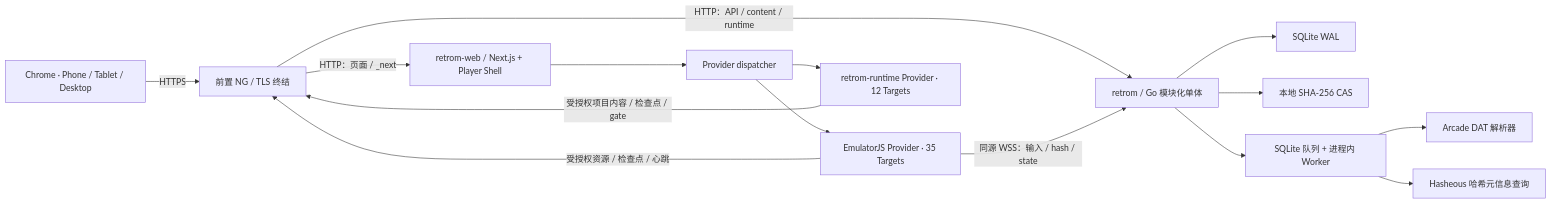
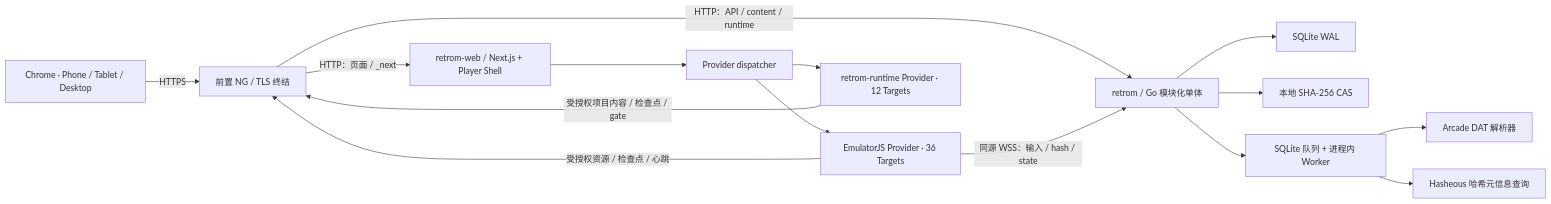
One commit to retrom-project/retrom changed the second of 4 diagrams in docs/retrom-product-architecture.md. Above: the diagram before and after it, drawn with Mermaid. The commit also changed other lines of this file and 16 other files, not shown here.

```diff
--- a/docs/retrom-product-architecture.md
+++ b/docs/retrom-product-architecture.md
@@ -207,17 +207,17 @@
 ~~~mermaid
 flowchart LR
     U["Chrome · Phone / Tablet / Desktop"] -->|HTTPS| N["前置 NG / TLS 终结"]
     N -->|HTTP：页面 / _next| W["retrom-web / Next.js + Player Shell"]
     N -->|HTTP：API / content / runtime| S["retrom / Go 模块化单体"]
     W --> PD["Provider dispatcher"]
-    PD --> EP["EmulatorJS Provider · 35 Targets"]
+    PD --> EP["EmulatorJS Provider · 36 Targets"]
     PD --> RP["retrom-runtime Provider · 12 Targets"]
     S --> D["SQLite WAL"]
     S --> B["本地 SHA-256 CAS"]
     S --> J["SQLite 队列 + 进程内 Worker"]
     J --> A["Arcade DAT 解析器"]
     J --> H["Hasheous 哈希元信息查询"]
     EP -->|受授权资源 / 检查点 / 心跳| N
     RP -->|受授权项目内容 / 检查点 / gate| N
     EP -->|同源 WSS：输入 / hash / state| S
 ~~~
```
